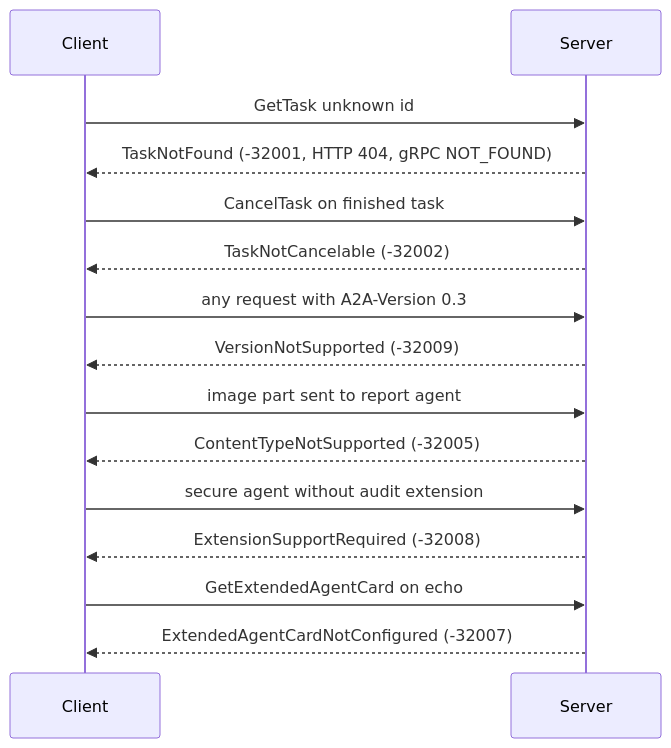
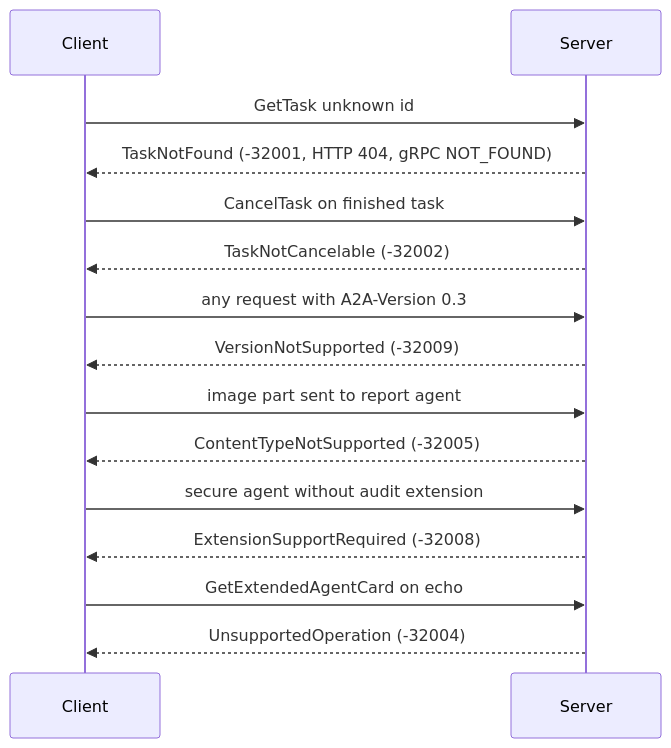
One commit to roman-ambinder/a2a-starter changed diagram 12 of 12 in docs/flows.md. Above: the diagram before and after it, drawn with Mermaid. The commit also changed other lines of this file and 49 other files, not shown here.

````diff
--- a/docs/flows.md
+++ b/docs/flows.md
@@ -246,17 +246,17 @@
 ```mermaid
 sequenceDiagram
     participant C as Client
     participant S as Server
     C->>S: GetTask unknown id
     S-->>C: TaskNotFound (-32001, HTTP 404, gRPC NOT_FOUND)
     C->>S: CancelTask on finished task
     S-->>C: TaskNotCancelable (-32002)
     C->>S: any request with A2A-Version 0.3
     S-->>C: VersionNotSupported (-32009)
     C->>S: image part sent to report agent
     S-->>C: ContentTypeNotSupported (-32005)
     C->>S: secure agent without audit extension
     S-->>C: ExtensionSupportRequired (-32008)
     C->>S: GetExtendedAgentCard on echo
-    S-->>C: ExtendedAgentCardNotConfigured (-32007)
+    S-->>C: UnsupportedOperation (-32004)
 ```
````
